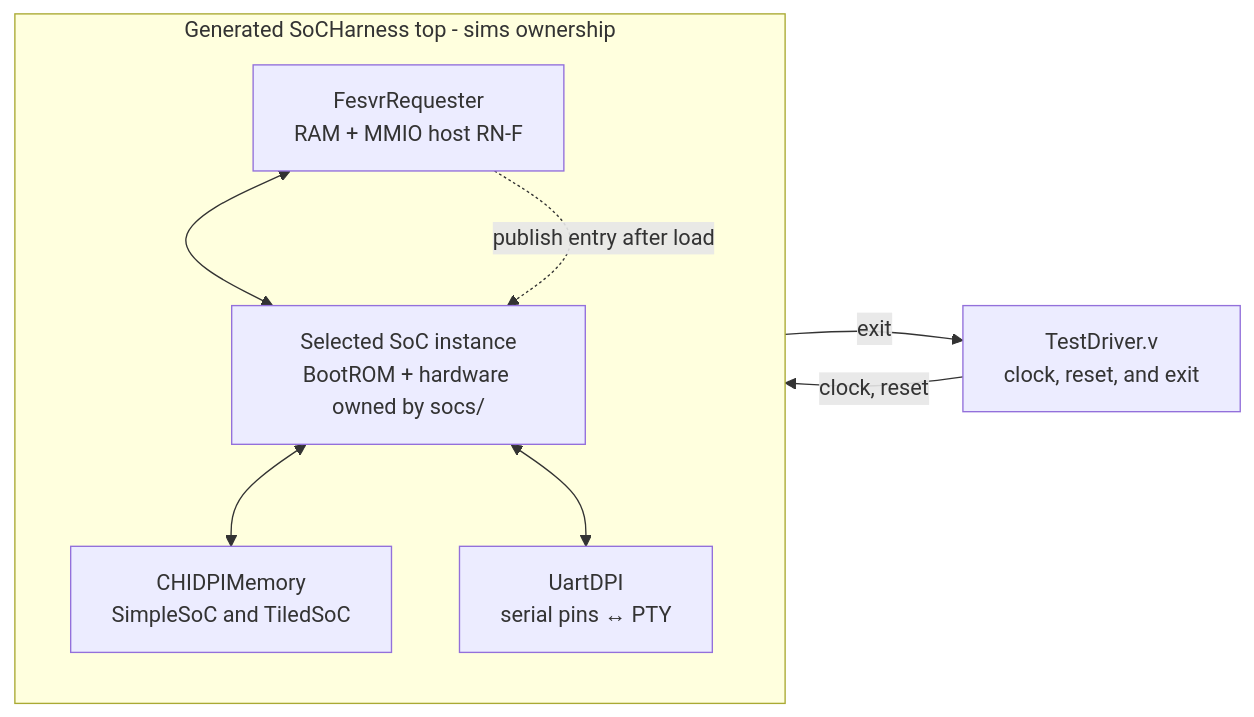
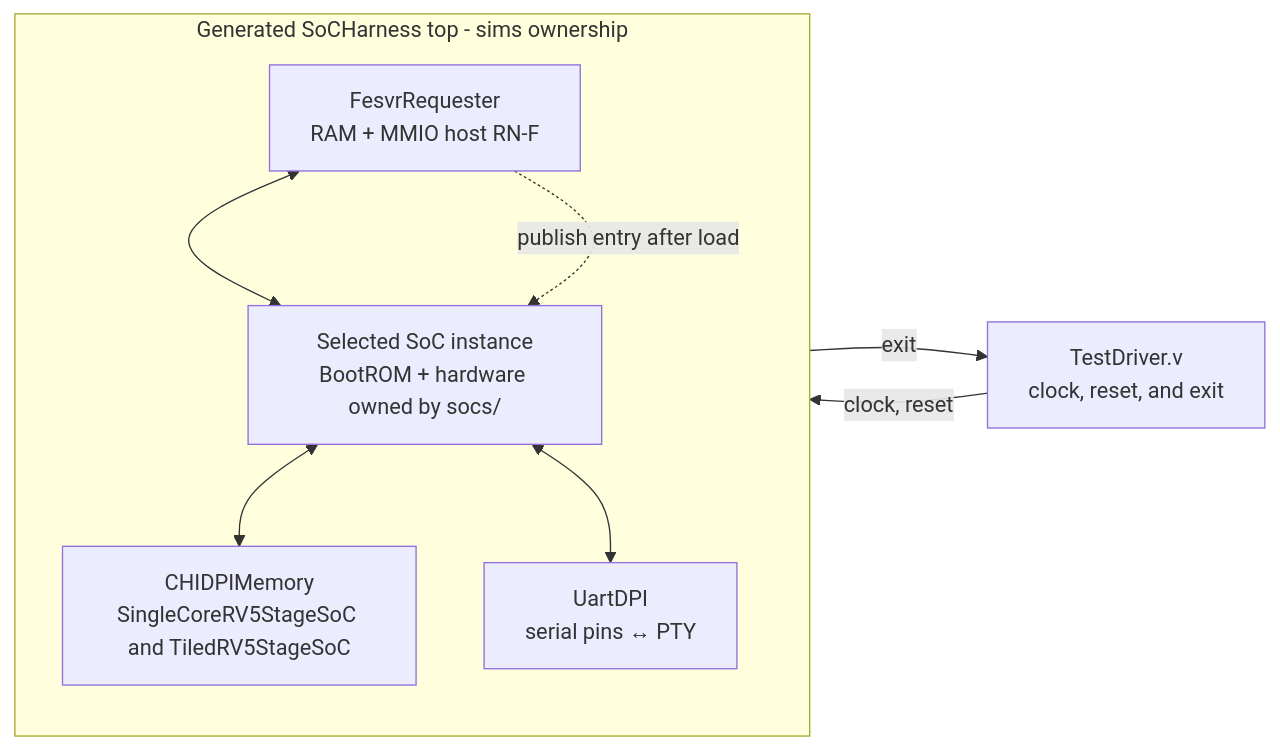
The diagram in sims/README.md (jerryz123/rhodium), drawn with Mermaid before and after one commit. The commit also changed other lines of this file and 97 other files, not shown here.

````diff
--- a/sims/README.md
+++ b/sims/README.md
@@ -31,19 +31,19 @@
 ```mermaid
 flowchart LR
   Driver["TestDriver.v<br/>clock, reset, and exit"]
 
   subgraph Harness["Generated SoCHarness top - sims ownership"]
     FESVR["FesvrRequester<br/>RAM + MMIO host RN-F"]
     SoC["Selected SoC instance<br/>BootROM + hardware owned by socs/"]
-    DPIMemory["CHIDPIMemory<br/>SimpleSoC and TiledSoC"]
+    DPIMemory["CHIDPIMemory<br/>SingleCoreRV5StageSoC and TiledRV5StageSoC"]
     UART["UartDPI<br/>serial pins ↔ PTY"]
 
     FESVR <--> SoC
     FESVR -.->|"publish entry after load"| SoC
     SoC <--> DPIMemory
     SoC <--> UART
   end
 
   Driver -->|"clock, reset"| Harness
   Harness -->|"exit"| Driver
 ```
````
